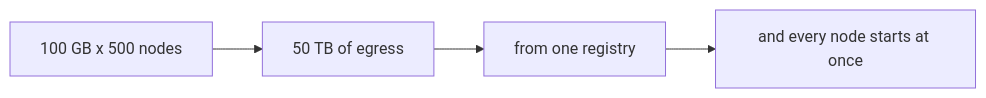
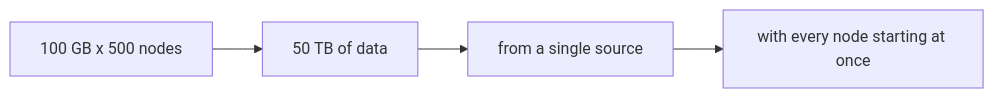
One commit to arpanpathak/cracking-the-systems-programming-interview changed the fourth of 5 diagrams in systems_design/04-serving-and-artifacts.md. Above: the diagram before and after it, drawn with Mermaid. The commit also changed other lines of this file and 6 other files, not shown here.

````diff
--- a/systems_design/04-serving-and-artifacts.md
+++ b/systems_design/04-serving-and-artifacts.md
@@ -97,6 +116,6 @@
 ```mermaid
 flowchart LR
-    A["100 GB x 500 nodes"] --> B["50 TB of egress"]
-    B --> C["from one registry"]
-    C --> D["and every node starts at once"]
+    A["100 GB x 500 nodes"] --> B["50 TB of data"]
+    B --> C["from a single source"]
+    C --> D["with every node starting at once"]
 ```
````
